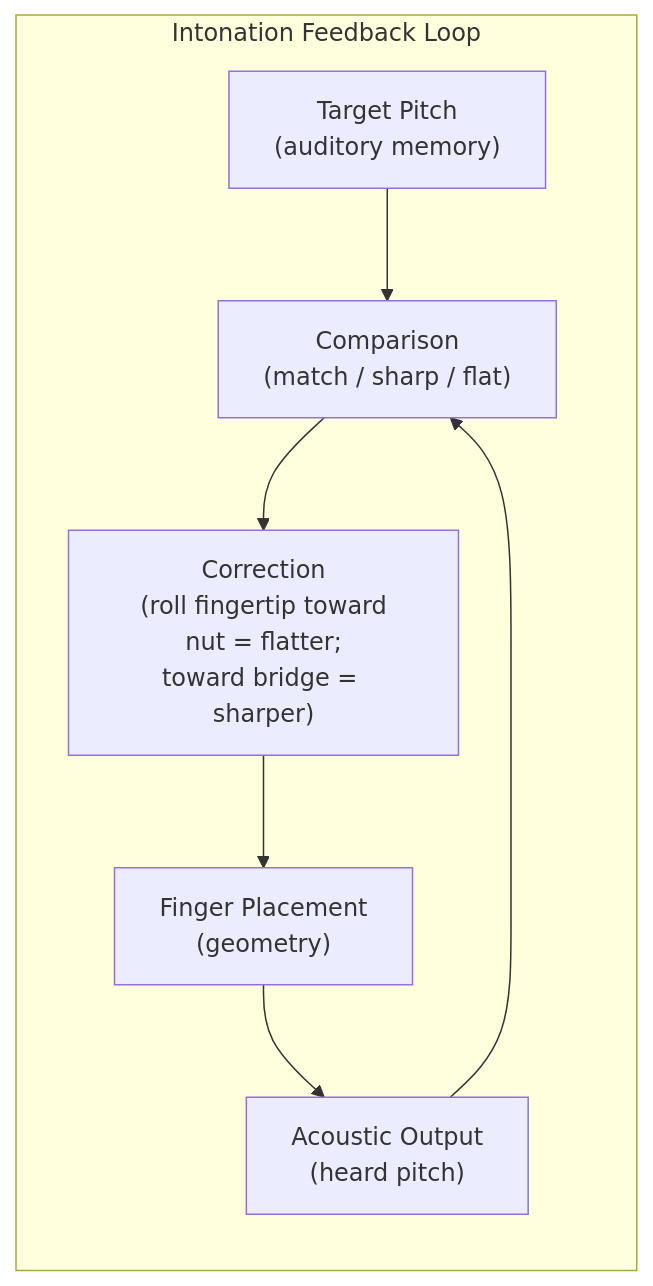
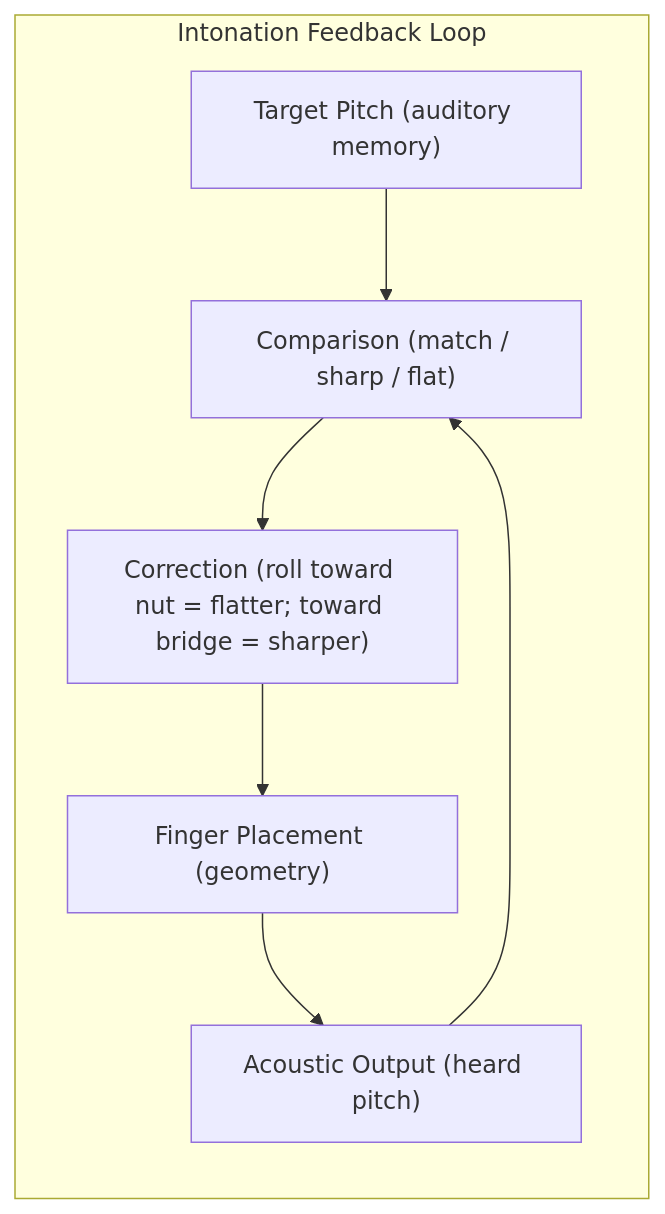
The first of 6 diagrams in topics/arts/music_performance/strings/lesson_03_repertoire_and_practice.md (blebleblee/synapse), drawn with Mermaid before and after one commit. The commit also changed other lines of this file and 4 other files, not shown here.

````diff
--- a/topics/arts/music_performance/strings/lesson_03_repertoire_and_practice.md
+++ b/topics/arts/music_performance/strings/lesson_03_repertoire_and_practice.md
@@ -76,16 +78,16 @@
 ```mermaid
 graph LR
     subgraph sub_intonation ["Intonation Feedback Loop"]
-        A["Target Pitch\n(auditory memory)"]
-        B["Finger Placement\n(geometry)"]
-        C["Acoustic Output\n(heard pitch)"]
-        D["Comparison\n(match / sharp / flat)"]
-        E["Correction\n(roll fingertip toward\nnut = flatter;\ntoward bridge = sharper)"]
+        A["Target Pitch (auditory memory)"]
+        B["Finger Placement (geometry)"]
+        C["Acoustic Output (heard pitch)"]
+        D["Comparison (match / sharp / flat)"]
+        E["Correction (roll toward nut = flatter; toward bridge = sharper)"]
     end
 
     A --> D
     B --> C
     C --> D
     D --> E
     E --> B
 ```
````
